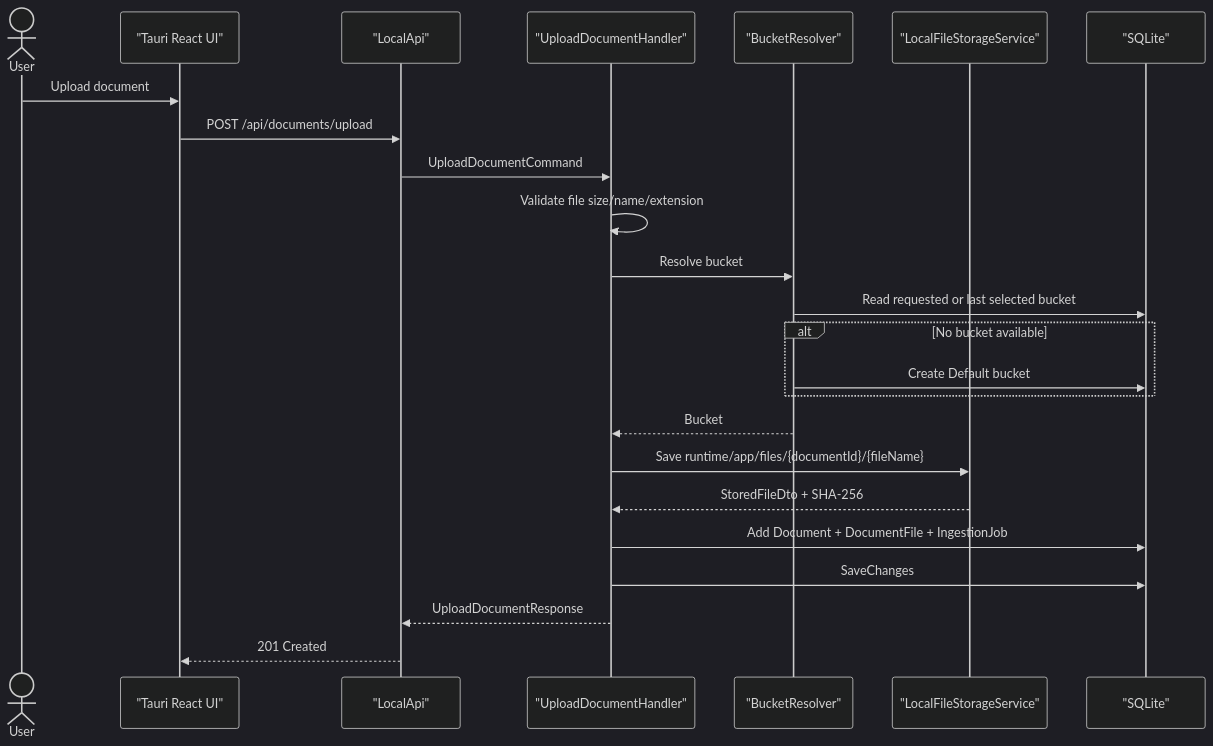
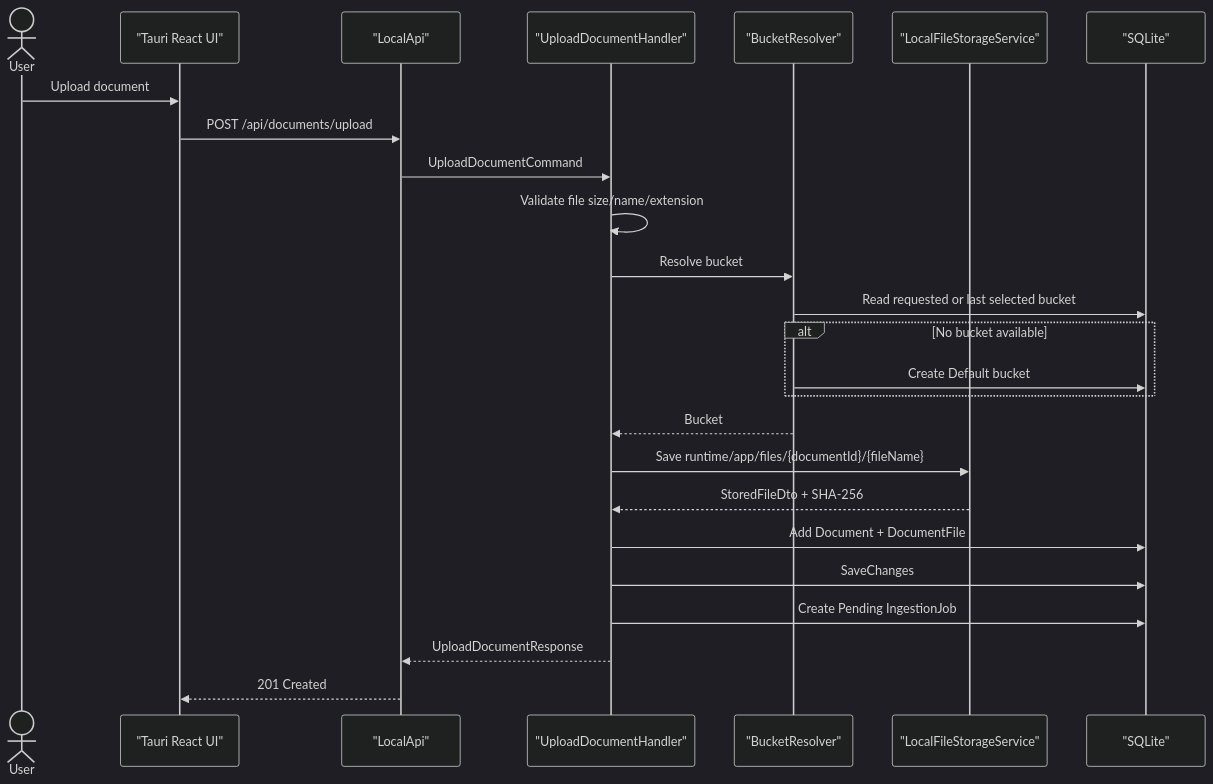
The first of 3 diagrams in docs/architecture/rag-pipeline.md (Ermolz69/localmind-rag), drawn with Mermaid (dark theme) before and after one commit. The commit also changed other lines of this file and 44 other files, not shown here.

Commit message:
feat: add ingestion job lifecycle (#40)

````diff
--- a/docs/architecture/rag-pipeline.md
+++ b/docs/architecture/rag-pipeline.md
@@ -7,27 +7,28 @@
 ```mermaid
 sequenceDiagram
     actor User
     participant UI as "Tauri React UI"
     participant API as "LocalApi"
     participant Handler as "UploadDocumentHandler"
     participant Buckets as "BucketResolver"
     participant Storage as "LocalFileStorageService"
     participant DB as "SQLite"
 
     User->>UI: Upload document
     UI->>API: POST /api/documents/upload
     API->>Handler: UploadDocumentCommand
     Handler->>Handler: Validate file size/name/extension
     Handler->>Buckets: Resolve bucket
     Buckets->>DB: Read requested or last selected bucket
     alt No bucket available
         Buckets->>DB: Create Default bucket
     end
     Buckets-->>Handler: Bucket
     Handler->>Storage: Save runtime/app/files/{documentId}/{fileName}
     Storage-->>Handler: StoredFileDto + SHA-256
-    Handler->>DB: Add Document + DocumentFile + IngestionJob
+    Handler->>DB: Add Document + DocumentFile
     Handler->>DB: SaveChanges
+    Handler->>DB: Create Pending IngestionJob
     Handler-->>API: UploadDocumentResponse
     API-->>UI: 201 Created
 ```
````
